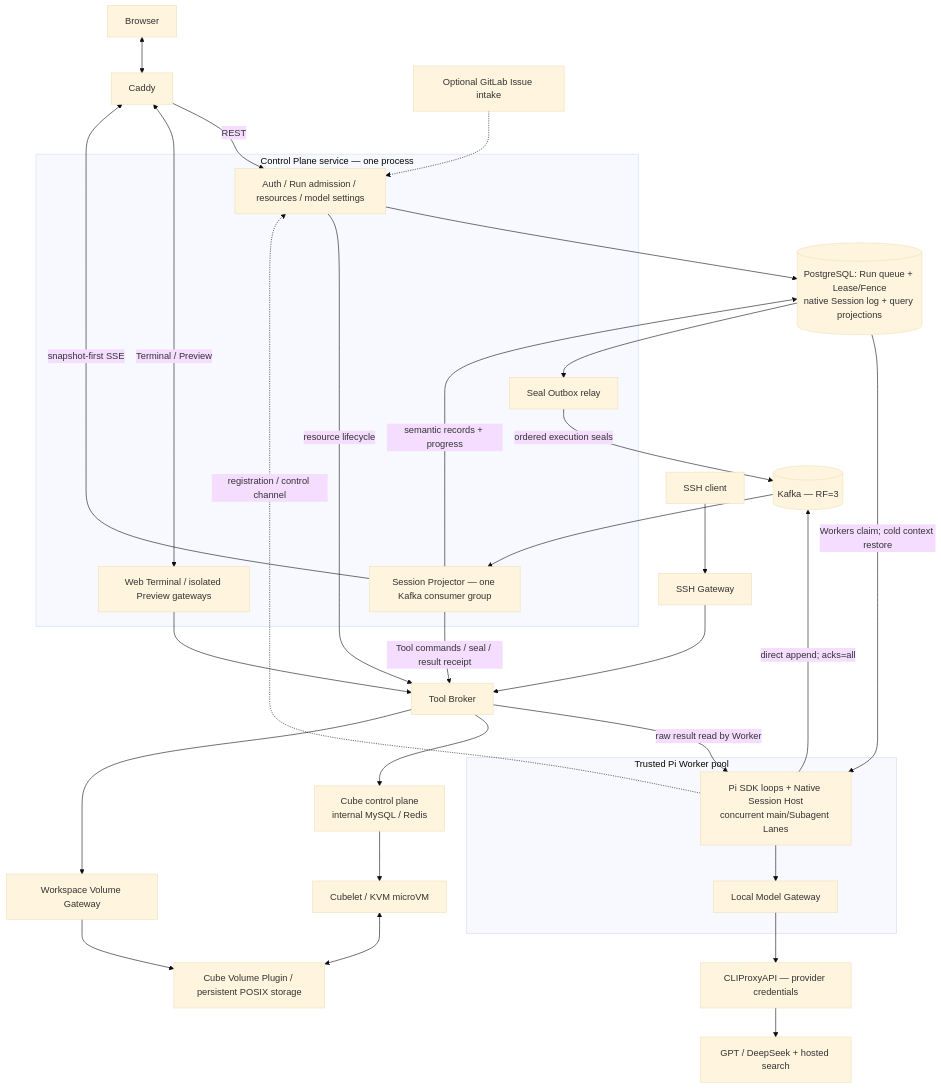
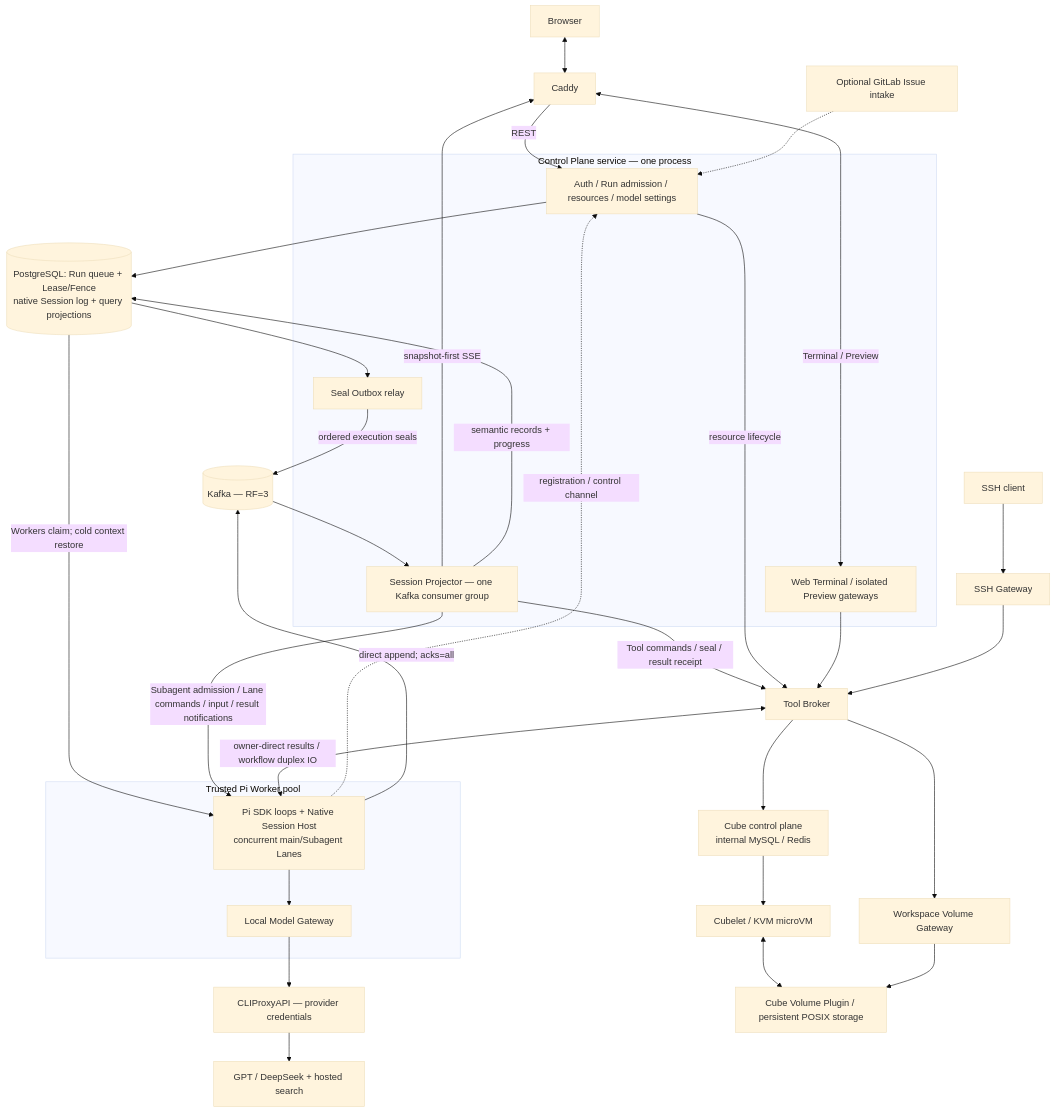
The diagram in README.md (cookerpapa/pi-cloud), drawn with Mermaid (base theme) before and after one commit. The commit also changed other lines of this file and 86 other files, not shown here.

````diff
--- a/README.md
+++ b/README.md
@@ -32,39 +31,40 @@
 ```mermaid
 flowchart TD
   B["Browser"] <--> E["Caddy"]
   subgraph CP["Control Plane service — one process"]
     API["Auth / Run admission / resources / model settings"]
     P["Session Projector — one Kafka consumer group"]
     O["Seal Outbox relay"]
     G["Web Terminal / isolated Preview gateways"]
   end
   E -->|"REST"| API
   E <-->|"Terminal / Preview"| G
   P -->|"snapshot-first SSE"| E
   PG[("PostgreSQL: Run queue + Lease/Fence<br/>native Session log + query projections")]
   API --> PG
   PG --> O
   subgraph WPOOL["Trusted Pi Worker pool"]
     W["Pi SDK loops + Native Session Host<br/>concurrent main/Subagent Lanes"]
     M["Local Model Gateway"]
     W --> M
   end
   PG -->|"Workers claim; cold context restore"| W
   W -.->|"registration / control channel"| API
   M --> C["CLIProxyAPI — provider credentials"]
   C --> L["GPT / DeepSeek + hosted search"]
   W -->|"direct append; acks=all"| K[("Kafka — RF=3")]
   O -->|"ordered execution seals"| K
   K --> P
   P -->|"semantic records + progress"| PG
+  P -->|"Subagent admission / Lane commands / input / result notifications"| W
   P -->|"Tool commands / seal / result receipt"| TB["Tool Broker"]
-  TB -->|"raw result read by Worker"| W
+  TB <-->|"owner-direct results / workflow duplex IO"| W
   API -->|"resource lifecycle"| TB
   G --> TB
   S["SSH client"] --> SG["SSH Gateway"] --> TB
   TB --> CC["Cube control plane<br/>internal MySQL / Redis"]
   CC --> VM["Cubelet / KVM microVM"]
   VM <--> V["Cube Volume Plugin / persistent POSIX storage"]
   TB --> VG["Workspace Volume Gateway"] --> V
   GL["Optional GitLab Issue intake"] -.-> API
 ```
````
